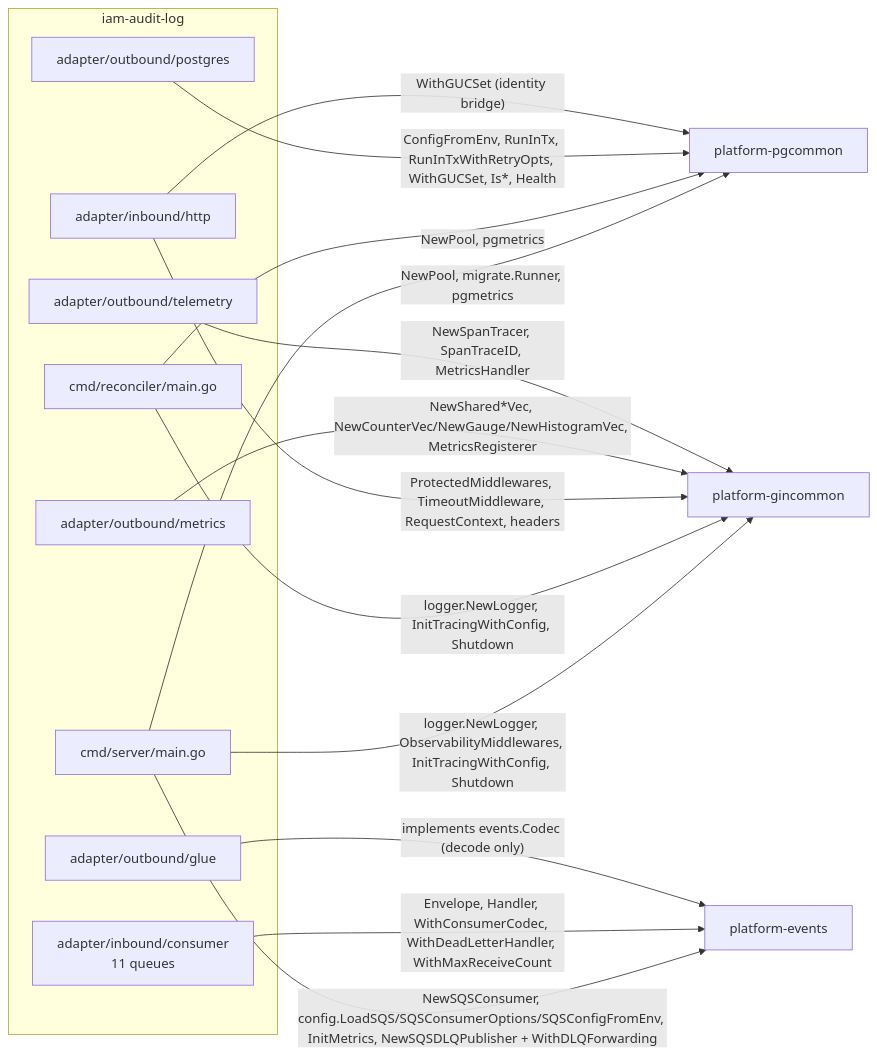
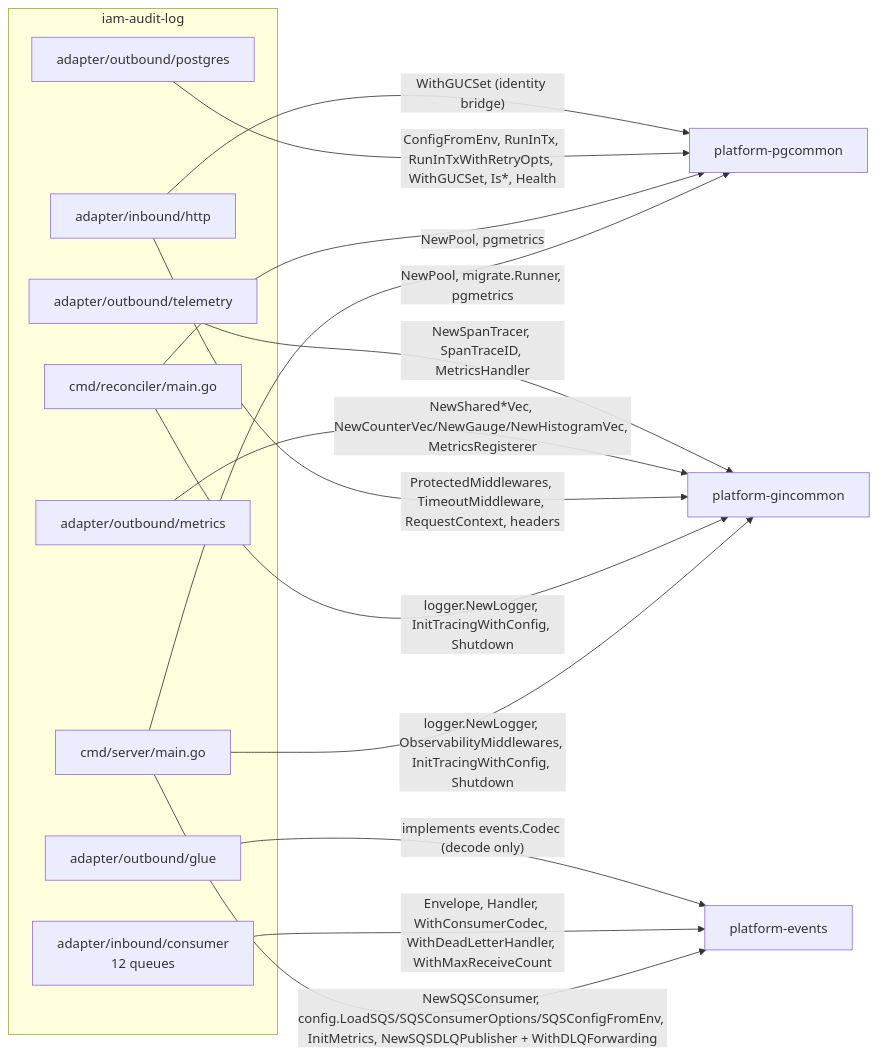
The first of 8 diagrams in docs/lld/iam-lld-audit-log-service.md (BCBP-SOLUTIONS-FZC-LLC/iam-audit-log), drawn with Mermaid before and after one commit. The commit also changed other lines of this file and 40 other files, not shown here.

````diff
--- a/docs/lld/iam-lld-audit-log-service.md
+++ b/docs/lld/iam-lld-audit-log-service.md
@@ -292,28 +293,28 @@
 ```mermaid
 flowchart LR
     subgraph svc["iam-audit-log"]
         MAIN["cmd/server/main.go"]
         RECON["cmd/reconciler/main.go"]
         HTTP["adapter/inbound/http"]
-        CONS["adapter/inbound/consumer<br/>11 queues"]
+        CONS["adapter/inbound/consumer<br/>12 queues"]
         PG["adapter/outbound/postgres"]
         GL["adapter/outbound/glue"]
         MET["adapter/outbound/metrics"]
         TEL["adapter/outbound/telemetry"]
     end
     GIN["platform-gincommon"]
     PGC["platform-pgcommon"]
     EVT["platform-events"]
     MAIN -->|"logger.NewLogger, ObservabilityMiddlewares, InitTracingWithConfig, Shutdown"| GIN
     RECON -->|"logger.NewLogger, InitTracingWithConfig, Shutdown"| GIN
     HTTP -->|"ProtectedMiddlewares, TimeoutMiddleware, RequestContext, headers"| GIN
     MET -->|"NewShared*Vec, NewCounterVec/NewGauge/NewHistogramVec, MetricsRegisterer"| GIN
     TEL -->|"NewSpanTracer, SpanTraceID, MetricsHandler"| GIN
     MAIN -->|"NewPool, migrate.Runner, pgmetrics"| PGC
     RECON -->|"NewPool, pgmetrics"| PGC
     PG -->|"ConfigFromEnv, RunInTx, RunInTxWithRetryOpts, WithGUCSet, Is*, Health"| PGC
     HTTP -->|"WithGUCSet (identity bridge)"| PGC
     MAIN -->|"NewSQSConsumer, config.LoadSQS/SQSConsumerOptions/SQSConfigFromEnv, InitMetrics, NewSQSDLQPublisher + WithDLQForwarding"| EVT
     CONS -->|"Envelope, Handler, WithConsumerCodec, WithDeadLetterHandler, WithMaxReceiveCount"| EVT
     GL -->|"implements events.Codec (decode only)"| EVT
 ```
````
